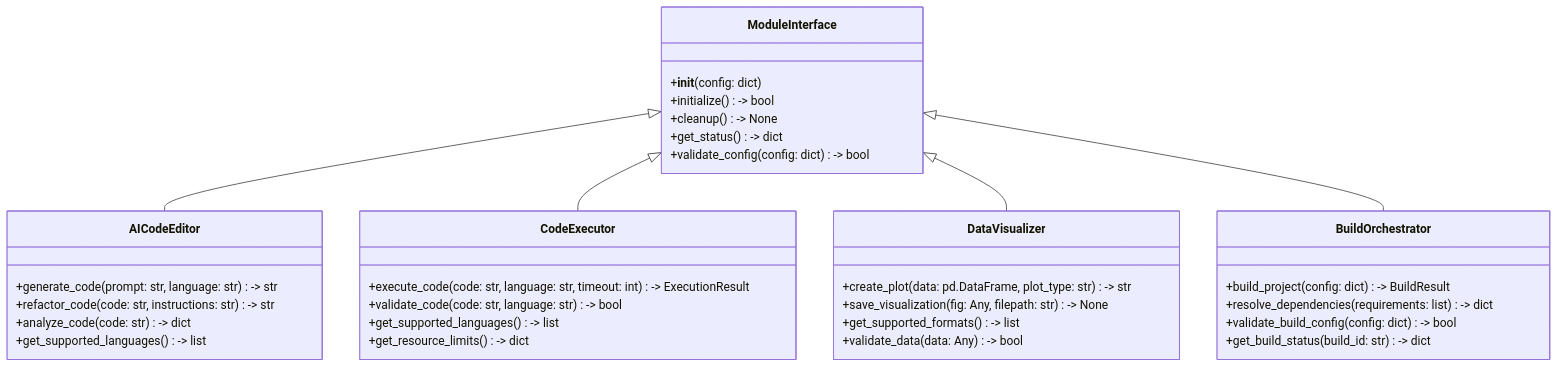
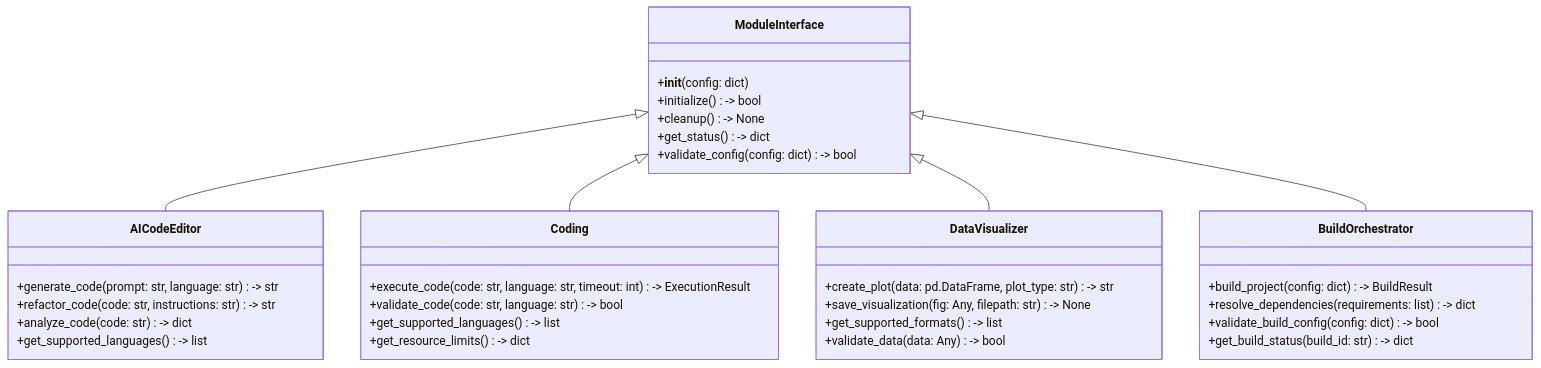
One commit to docxology/codomyrmex changed the second of 7 diagrams in src/codomyrmex/README.md. Above: the diagram before and after it, drawn with Mermaid. The commit also changed other lines of this file and 604 other files, not shown here.

````diff
--- a/src/codomyrmex/README.md
+++ b/src/codomyrmex/README.md
@@ -107,43 +108,43 @@
 ```mermaid
 classDiagram
     class ModuleInterface {
         +__init__(config: dict)
         +initialize() -> bool
         +cleanup() -> None
         +get_status() -> dict
         +validate_config(config: dict) -> bool
     }
 
     class AICodeEditor {
         +generate_code(prompt: str, language: str) -> str
         +refactor_code(code: str, instructions: str) -> str
         +analyze_code(code: str) -> dict
         +get_supported_languages() -> list
     }
 
-    class CodeExecutor {
+    class Coding {
         +execute_code(code: str, language: str, timeout: int) -> ExecutionResult
         +validate_code(code: str, language: str) -> bool
         +get_supported_languages() -> list
         +get_resource_limits() -> dict
     }
 
     class DataVisualizer {
         +create_plot(data: pd.DataFrame, plot_type: str) -> str
         +save_visualization(fig: Any, filepath: str) -> None
         +get_supported_formats() -> list
         +validate_data(data: Any) -> bool
     }
 
     class BuildOrchestrator {
         +build_project(config: dict) -> BuildResult
         +resolve_dependencies(requirements: list) -> dict
         +validate_build_config(config: dict) -> bool
         +get_build_status(build_id: str) -> dict
     }
 
     ModuleInterface <|-- AICodeEditor
-    ModuleInterface <|-- CodeExecutor
+    ModuleInterface <|-- Coding
     ModuleInterface <|-- DataVisualizer
     ModuleInterface <|-- BuildOrchestrator
 ```
````
